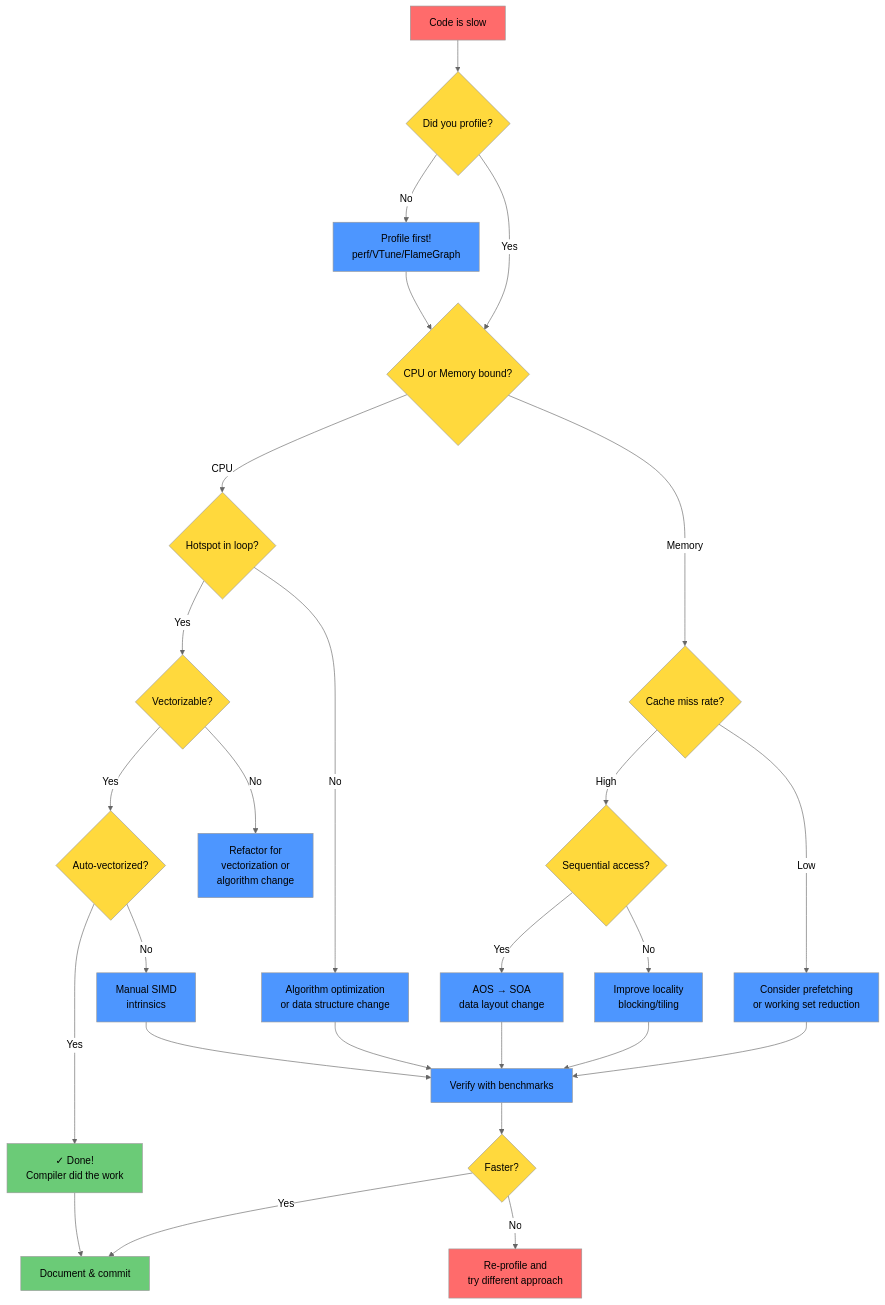
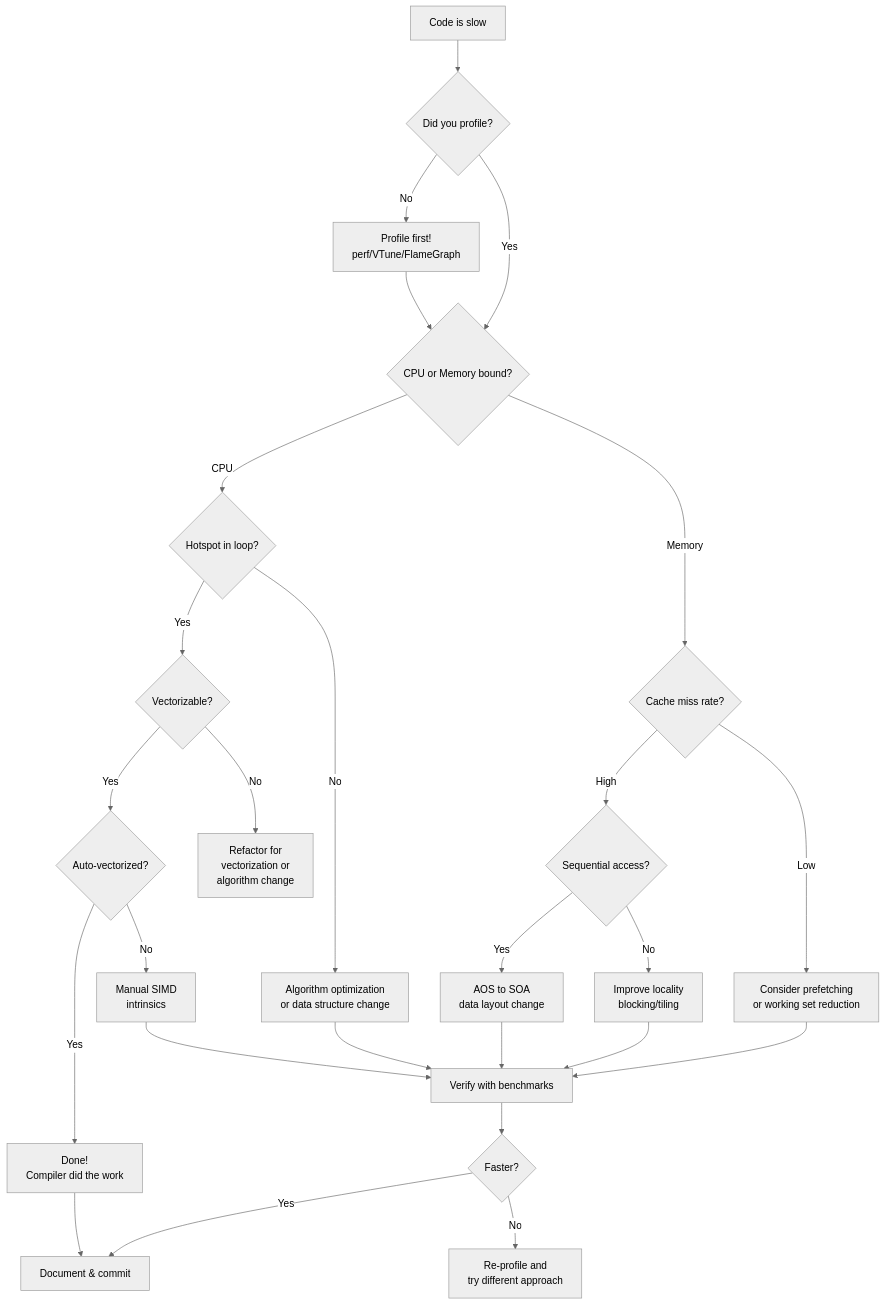
One commit to LessUp/cpp-high-performance-guide changed the first of 5 diagrams in docs/en/guides/optimization-decision-tree.md. Above: the diagram before and after it, drawn with Mermaid (neutral theme). The commit also changed other lines of this file and 21 other files, not shown here.

````diff
--- a/docs/en/guides/optimization-decision-tree.md
+++ b/docs/en/guides/optimization-decision-tree.md
@@ -24,57 +26,36 @@
 ```mermaid
 flowchart TD
-    A[Code is slow] --> B{Did you profile?}
-    B -->|No| C[Profile first!<br/>perf/VTune/FlameGraph]
-    B -->|Yes| D{CPU or Memory bound?}
-    
-    D -->|CPU| E{Hotspot in loop?}
-    D -->|Memory| F{Cache miss rate?}
-    
-    E -->|Yes| G{Vectorizable?}
-    E -->|No| H[Algorithm optimization<br/>or data structure change]
-    
-    G -->|Yes| I{Auto-vectorized?}
-    G -->|No| J[Refactor for<br/>vectorization or<br/>algorithm change]
-    
-    I -->|Yes| K[✓ Done!<br/>Compiler did the work]
-    I -->|No| L[Manual SIMD<br/>intrinsics]
-    
-    F -->|High| M{Sequential access?}
-    F -->|Low| N[Consider prefetching<br/>or working set reduction]
-    
-    M -->|Yes| O[AOS → SOA<br/>data layout change]
-    M -->|No| P[Improve locality<br/>blocking/tiling]
-    
-    L --> Q[Verify with benchmarks]
+    A[Code is slow]:::start --> B{Did you profile?}:::decision
+    B -->|No| C[Profile first!<br/>perf/VTune/FlameGraph]:::action
+    B -->|Yes| D{CPU or Memory bound?}:::decision
+
+    D -->|CPU| E{Hotspot in loop?}:::decision
+    D -->|Memory| F{Cache miss rate?}:::decision
+
+    E -->|Yes| G{Vectorizable?}:::decision
+    E -->|No| H[Algorithm optimization<br/>or data structure change]:::action
+
+    G -->|Yes| I{Auto-vectorized?}:::decision
+    G -->|No| J[Refactor for<br/>vectorization or<br/>algorithm change]:::action
+
+    I -->|Yes| K[Done!<br/>Compiler did the work]:::complete
+    I -->|No| L[Manual SIMD<br/>intrinsics]:::action
+
+    F -->|High| M{Sequential access?}:::decision
+    F -->|Low| N[Consider prefetching<br/>or working set reduction]:::action
+
+    M -->|Yes| O[AOS to SOA<br/>data layout change]:::action
+    M -->|No| P[Improve locality<br/>blocking/tiling]:::action
+
+    L --> Q[Verify with benchmarks]:::action
     O --> Q
     P --> Q
     N --> Q
-    K --> R[Document & commit]
+    K --> R[Document & commit]:::complete
     H --> Q
-    Q --> S{Faster?}
+    Q --> S{Faster?}:::decision
     S -->|Yes| R
-    S -->|No| T[Re-profile and<br/>try different approach]
-    
+    S -->|No| T[Re-profile and<br/>try different approach]:::problem
+
     C --> D
-    
-    style A fill:#ff6b6b
-    style B fill:#ffd93d
-    style D fill:#ffd93d
-    style E fill:#ffd93d
-    style F fill:#ffd93d
-    style G fill:#ffd93d
-    style I fill:#ffd93d
-    style M fill:#ffd93d
-    style S fill:#ffd93d
-    style K fill:#6bcb77
-    style R fill:#6bcb77
-    style C fill:#4d96ff
-    style H fill:#4d96ff
-    style J fill:#4d96ff
-    style L fill:#4d96ff
-    style N fill:#4d96ff
-    style O fill:#4d96ff
-    style P fill:#4d96ff
-    style Q fill:#4d96ff
-    style T fill:#ff6b6b
 ```
````
